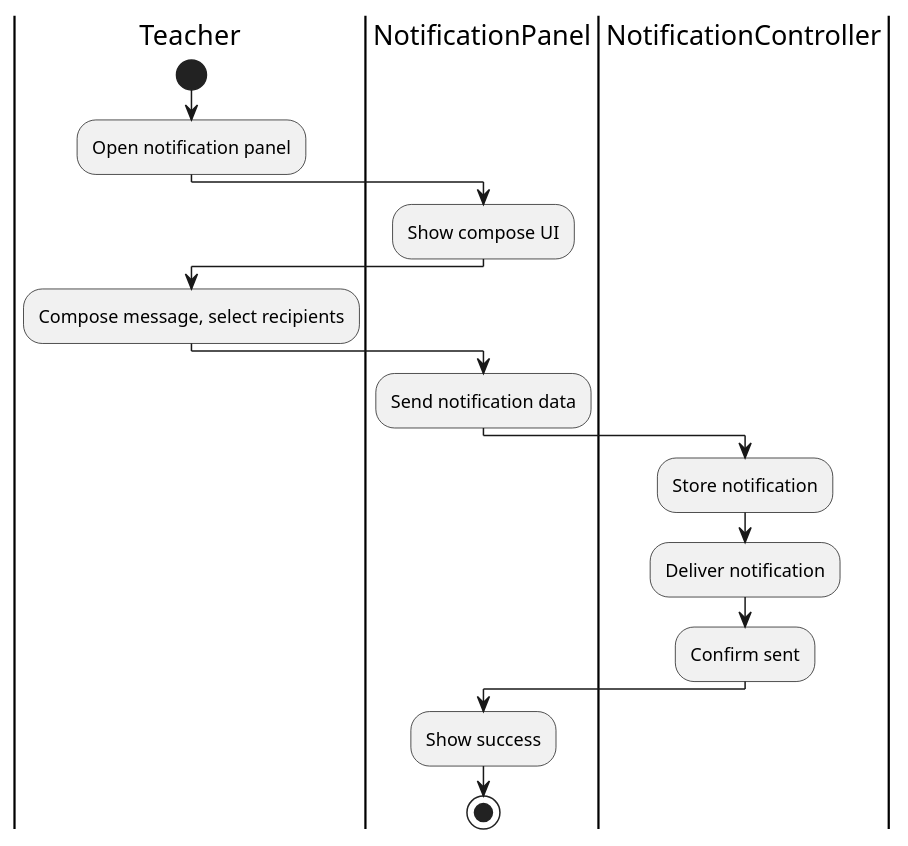
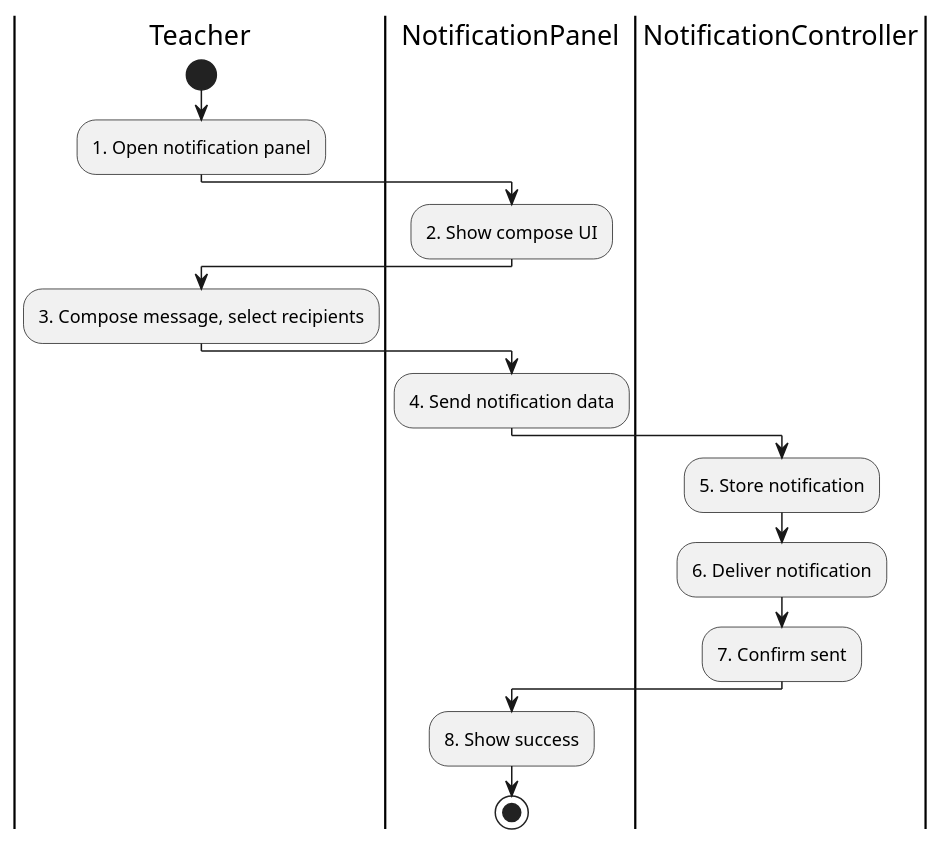
Before and after one commit to Huangphoux/uit-SE357_requirement: the diagram in docs/2. Diagrams/Activity diagram/16. SendNotifications/SendNotifications.pu, drawn with PlantUML. The commit also changed 85 other files, not shown here.

```diff
--- a/docs/2. Diagrams/Activity diagram/16. SendNotifications/SendNotifications.pu
+++ b/docs/2. Diagrams/Activity diagram/16. SendNotifications/SendNotifications.pu
@@ -1,20 +1,20 @@
 @startuml SendNotifications
 |Teacher|
 start
-:Open notification panel;
+:1. Open notification panel;
 |NotificationPanel|
-:Show compose UI;
+:2. Show compose UI;
 |Teacher|
-:Compose message, select recipients;
+:3. Compose message, select recipients;
 |NotificationPanel|
-:Send notification data;
+:4. Send notification data;
 |NotificationController|
-:Store notification;
+:5. Store notification;
 |NotificationController|
-:Deliver notification;
+:6. Deliver notification;
 |NotificationController|
-:Confirm sent;
+:7. Confirm sent;
 |NotificationPanel|
-:Show success;
+:8. Show success;
 stop
 @enduml
```
